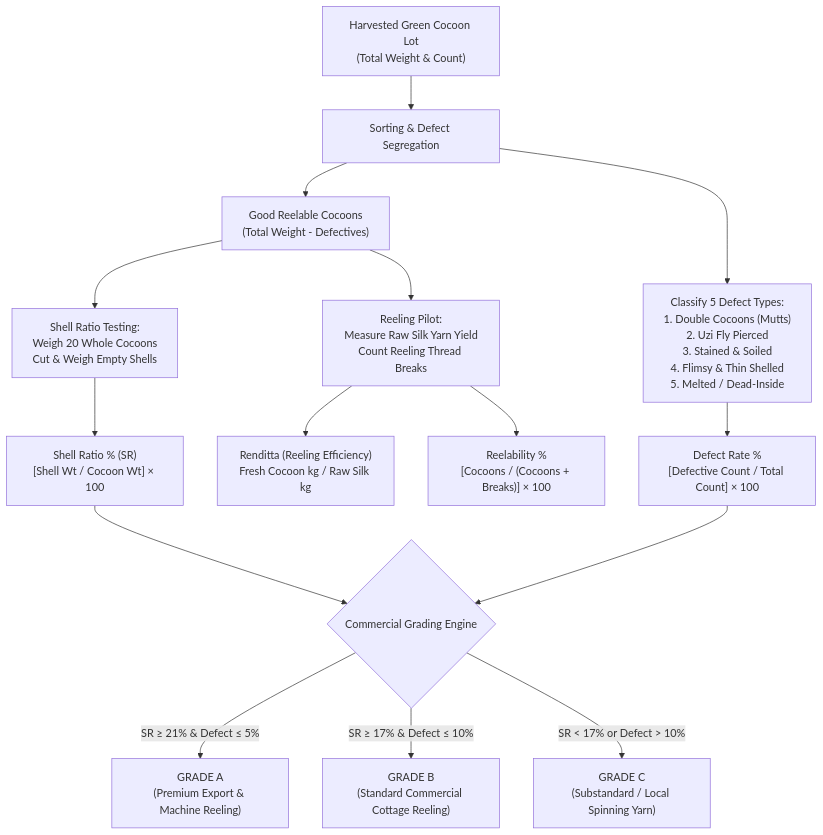
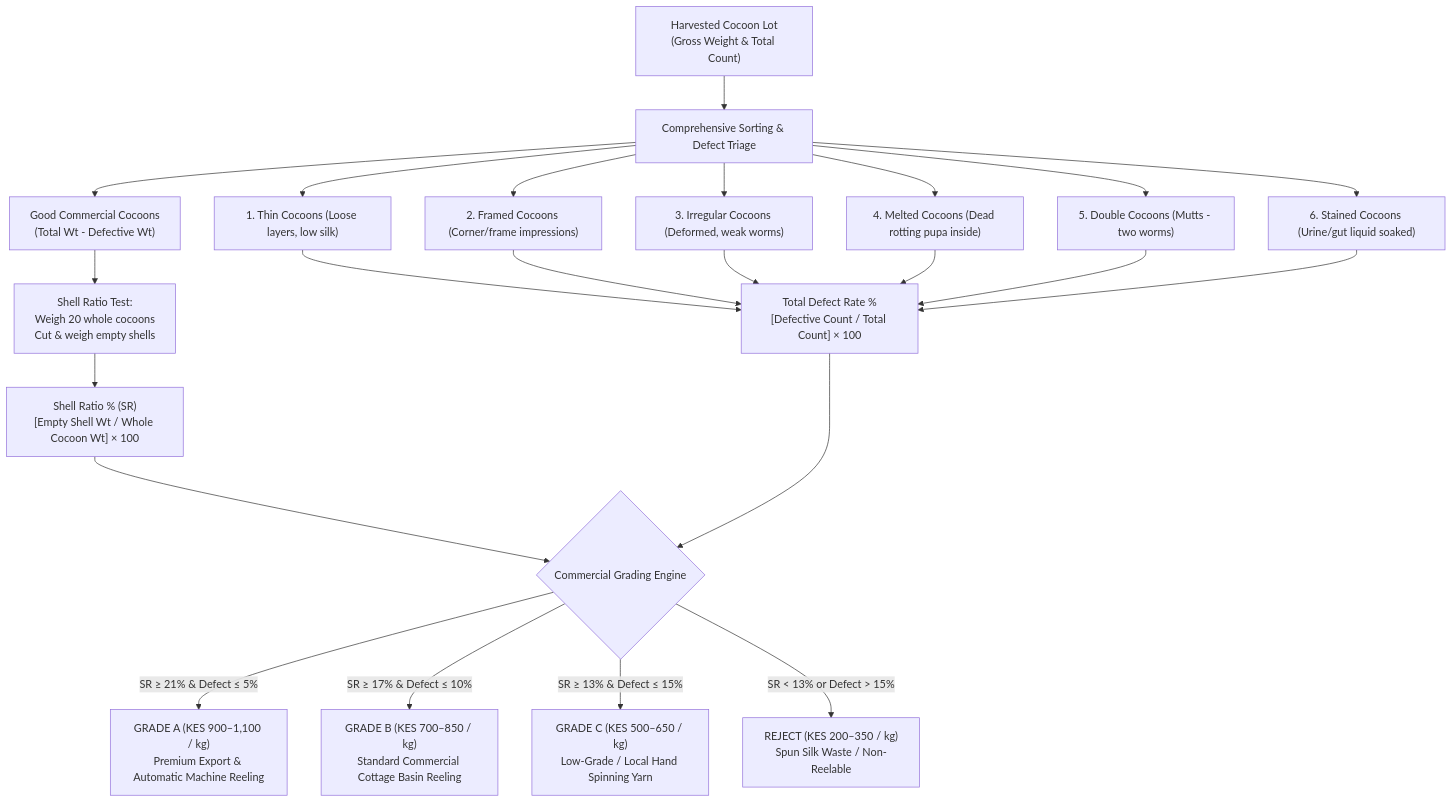
Before and after one commit to Dr-Rank1/Kalro-App: the fourth of 5 diagrams in OVERVIEW.md, drawn with Mermaid. The commit also changed other lines of this file and 3 other files, not shown here.

````diff
--- a/OVERVIEW.md
+++ b/OVERVIEW.md
@@ -174,22 +260,25 @@
 ```mermaid
 flowchart TD
-    HarvestLot["Harvested Green Cocoon Lot\n(Total Weight & Count)"] --> DefectSort["Sorting & Defect Segregation"]
+    Lot["Harvested Cocoon Lot\n(Gross Weight & Total Count)"] --> Sort["Comprehensive Sorting & Defect Triage"]
     
-    DefectSort --> DefectTypes["Classify 5 Defect Types:\n1. Double Cocoons (Mutts)\n2. Uzi Fly Pierced\n3. Stained & Soiled\n4. Flimsy & Thin Shelled\n5. Melted / Dead-Inside"]
-    DefectSort --> GoodLot["Good Reelable Cocoons\n(Total Weight - Defectives)"]
+    Sort --> D1["1. Thin Cocoons (Loose layers, low silk)"]
+    Sort --> D2["2. Framed Cocoons (Corner/frame impressions)"]
+    Sort --> D3["3. Irregular Cocoons (Deformed, weak worms)"]
+    Sort --> D4["4. Melted Cocoons (Dead rotting pupa inside)"]
+    Sort --> D5["5. Double Cocoons (Mutts - two worms)"]
+    Sort --> D6["6. Stained Cocoons (Urine/gut liquid soaked)"]
 
-    GoodLot --> ShellTest["Shell Ratio Testing:\nWeigh 20 Whole Cocoons\nCut & Weigh Empty Shells"]
-    GoodLot --> ReelingTest["Reeling Pilot:\nMeasure Raw Silk Yarn Yield\nCount Reeling Thread Breaks"]
+    Sort --> Reelable["Good Commercial Cocoons\n(Total Wt - Defective Wt)"]
 
-    ShellTest --> ShellRatio["Shell Ratio % (SR)\n[Shell Wt / Cocoon Wt] × 100"]
-    ReelingTest --> Renditta["Renditta (Reeling Efficiency)\nFresh Cocoon kg / Raw Silk kg"]
-    ReelingTest --> Reelability["Reelability %\n[Cocoons / (Cocoons + Breaks)] × 100"]
-    DefectTypes --> DefectRate["Defect Rate %\n[Defective Count / Total Count] × 100"]
+    Reelable --> ShellCalc["Shell Ratio Test:\nWeigh 20 whole cocoons\nCut & weigh empty shells"]
+    ShellCalc --> SR["Shell Ratio % (SR)\n[Empty Shell Wt / Whole Cocoon Wt] × 100"]
 
-    ShellRatio --> GradeEngine{"Commercial Grading Engine"}
-    DefectRate --> GradeEngine
+    D1 & D2 & D3 & D4 & D5 & D6 --> DefectSum["Total Defect Rate %\n[Defective Count / Total Count] × 100"]
 
-    GradeEngine -->|SR ≥ 21% & Defect ≤ 5%| GradeA["GRADE A\n(Premium Export & Machine Reeling)"]
-    GradeEngine -->|SR ≥ 17% & Defect ≤ 10%| GradeB["GRADE B\n(Standard Commercial Cottage Reeling)"]
-    GradeEngine -->|SR < 17% or Defect > 10%| GradeC["GRADE C\n(Substandard / Local Spinning Yarn)"]
+    SR & DefectSum --> GradeClassifier{"Commercial Grading Engine"}
+
+    GradeClassifier -->|SR ≥ 21% & Defect ≤ 5%| GA["GRADE A (KES 900–1,100 / kg)\nPremium Export & Automatic Machine Reeling"]
+    GradeClassifier -->|SR ≥ 17% & Defect ≤ 10%| GB["GRADE B (KES 700–850 / kg)\nStandard Commercial Cottage Basin Reeling"]
+    GradeClassifier -->|SR ≥ 13% & Defect ≤ 15%| GC["GRADE C (KES 500–650 / kg)\nLow-Grade / Local Hand Spinning Yarn"]
+    GradeClassifier -->|SR < 13% or Defect > 15%| Reject["REJECT (KES 200–350 / kg)\nSpun Silk Waste / Non-Reelable"]
 ```
````
